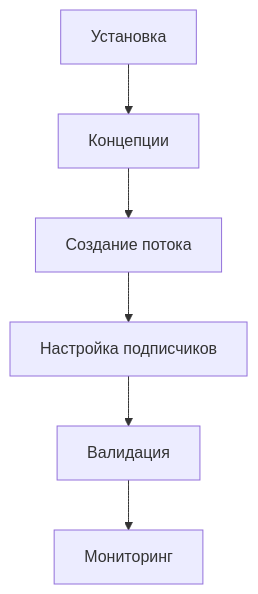
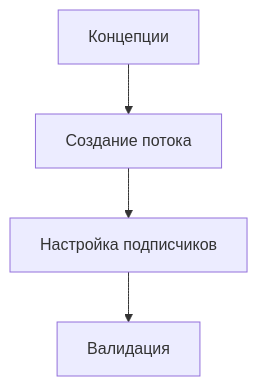
The diagram in docs/guide/index.md (Segate-ekb/integration_subsystem), drawn with Mermaid before and after one commit. The commit also changed other lines of this file and 10 other files, not shown here.

````diff
--- a/docs/guide/index.md
+++ b/docs/guide/index.md
@@ -98,8 +97,6 @@
 ```mermaid
 graph TD
-    A[Установка] --> B[Концепции]
-    B --> C[Создание потока]
-    C --> D[Настройка подписчиков]
-    D --> E[Валидация]
-    E --> F[Мониторинг]
+    A[Концепции] --> B[Создание потока]
+    B --> C[Настройка подписчиков]
+    C --> D[Валидация]
 ```
````
